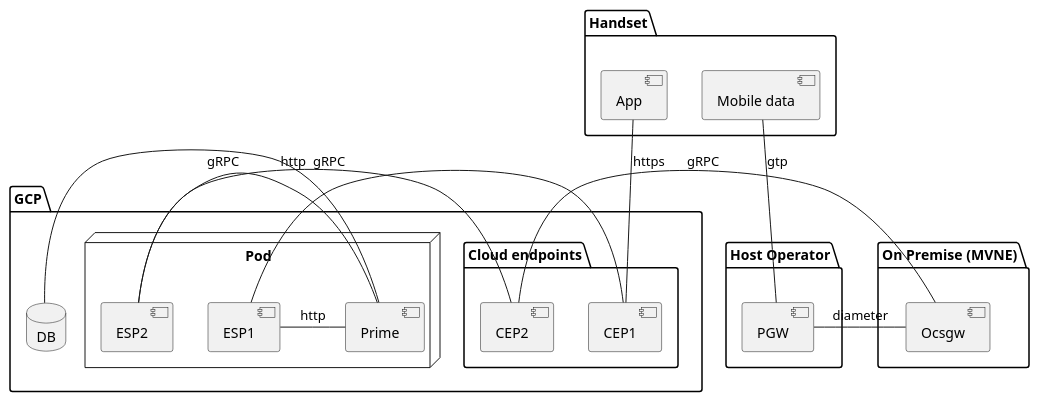
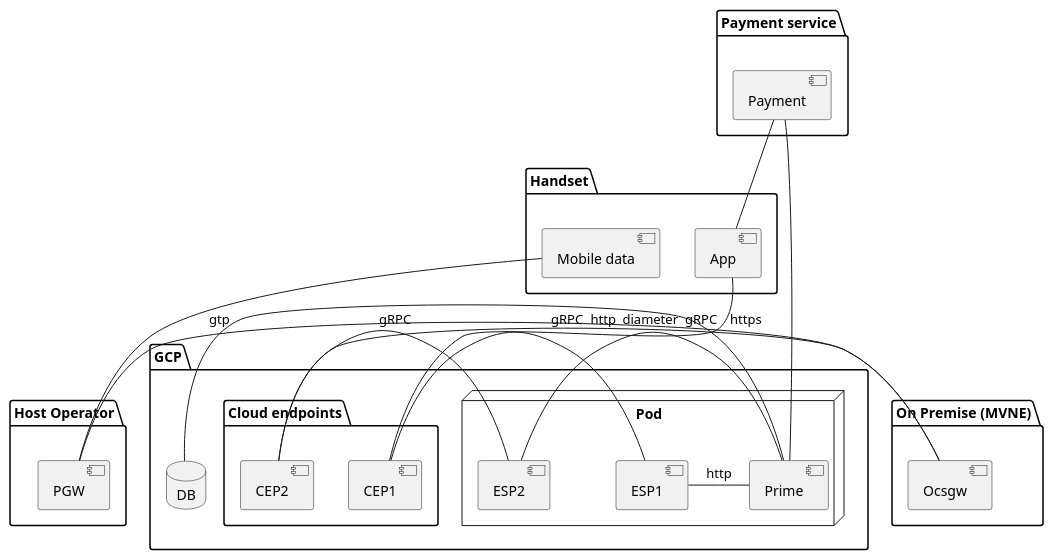
One commit to ostelco/ostelco-core changed the diagram in docs/prod-deployment/deployment.puml. Above: the diagram before and after it, drawn with PlantUML. The commit also changed 2 other files, not shown here.

Commit message:
Adding payment to the mix

```diff
--- a/docs/prod-deployment/deployment.puml
+++ b/docs/prod-deployment/deployment.puml
@@ -1,44 +1,51 @@
 @startuml
 
 package "Handset" {
   [App]
   [Mobile data]
 }
 
+
+package "Payment service" {
+ [Payment]
+}
 
 package "Host Operator" {
   [PGW]
 }
 
 package "On Premise (MVNE)" {
  [Ocsgw]
 }
 
 
 package "GCP" {
 
  package "Cloud endpoints"{
    [CEP1]
    [CEP2]
  }
 
  database DB
   node "Pod" {
    [ESP1]
    [ESP2]
    [Prime]
  }
 }
 
-
+[Payment] -- [App]
+[Payment] -- [Prime]
 [Mobile data] -- [PGW] : gtp
 [App] - [CEP1] : https
 [CEP1] - [ESP1] : http
 [CEP2] - [ESP2]: gRPC
+
+
 [PGW] - [Ocsgw]: diameter
 [Ocsgw] - [CEP2] : gRPC
 [ESP1] - [Prime] : http
 [ESP2] - [Prime] : gRPC
 [Prime] -  DB
 
 @enduml
```
